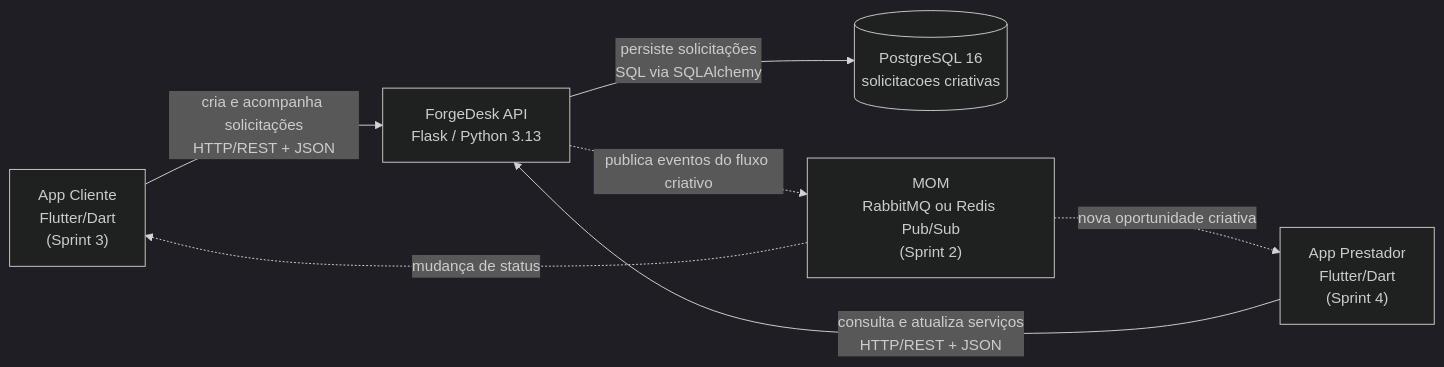
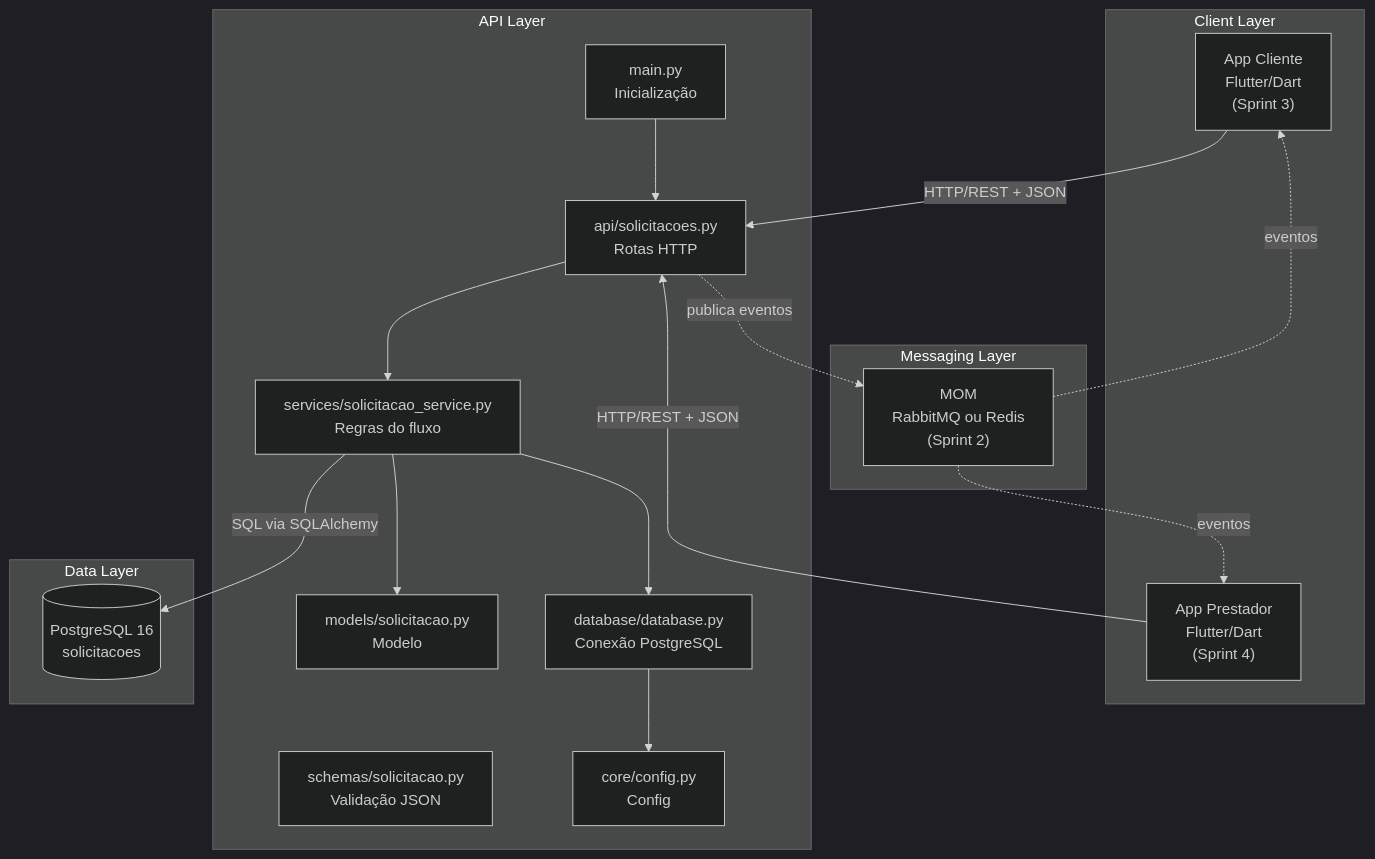
The diagram in Docs/diagrama-arquitetura.md (tulio44/ForgeDesk), drawn with Mermaid (dark theme) before and after one commit. The commit also changed other lines of this file, not shown here.

Commit message:
Correção do diagrama arquitetural

````diff
--- a/Docs/diagrama-arquitetura.md
+++ b/Docs/diagrama-arquitetura.md
@@ -14,20 +14,40 @@
 ```mermaid
-flowchart LR
-    CLIENTE["App Cliente<br/>Flutter/Dart<br/>(Sprint 3)"]
-    PRESTADOR["App Prestador<br/>Flutter/Dart<br/>(Sprint 4)"]
+flowchart TD
+    subgraph "Client Layer"
+        CLIENTE["App Cliente<br/>Flutter/Dart<br/>(Sprint 3)"]
+        PRESTADOR["App Prestador<br/>Flutter/Dart<br/>(Sprint 4)"]
+    end
 
-    API["ForgeDesk API<br/>Flask / Python 3.13"]
+    subgraph "API Layer"
+        MAIN["main.py<br/>Inicialização"]
+        API["api/solicitacoes.py<br/>Rotas HTTP"]
+        SERVICE["services/solicitacao_service.py<br/>Regras do fluxo"]
+        SCHEMA["schemas/solicitacao.py<br/>Validação JSON"]
+        MODEL["models/solicitacao.py<br/>Modelo"]
+        DATABASE["database/database.py<br/>Conexão PostgreSQL"]
+        CONFIG["core/config.py<br/>Config"]
+    end
 
-    DB[("PostgreSQL 16<br/>solicitacoes criativas")]
+    subgraph "Data Layer"
+        DB[("PostgreSQL 16<br/>solicitacoes")]
+    end
 
-    MOM["MOM<br/>RabbitMQ ou Redis Pub/Sub<br/>(Sprint 2)"]
+    subgraph "Messaging Layer"
+        MOM["MOM<br/>RabbitMQ ou Redis<br/>(Sprint 2)"]
+    end
 
-    CLIENTE -->|"cria e acompanha solicitações<br/>HTTP/REST + JSON"| API
-    PRESTADOR -->|"consulta e atualiza serviços<br/>HTTP/REST + JSON"| API
+    CLIENTE -->|"HTTP/REST + JSON"| API
+    PRESTADOR -->|"HTTP/REST + JSON"| API
 
-    API -->|"persiste solicitações<br/>SQL via SQLAlchemy"| DB
+    API --> SERVICE
+    SERVICE --> MODEL
+    SERVICE --> DATABASE
+    DATABASE --> CONFIG
+    SERVICE -->|"SQL via SQLAlchemy"| DB
 
-    API -.->|"publica eventos do fluxo criativo"| MOM
-    MOM -.->|"nova oportunidade criativa"| PRESTADOR
-    MOM -.->|"mudança de status"| CLIENTE
+    API -.->|"publica eventos"| MOM
+    MOM -.->|"eventos"| PRESTADOR
+    MOM -.->|"eventos"| CLIENTE
+
+    MAIN --> API
 ```
````
